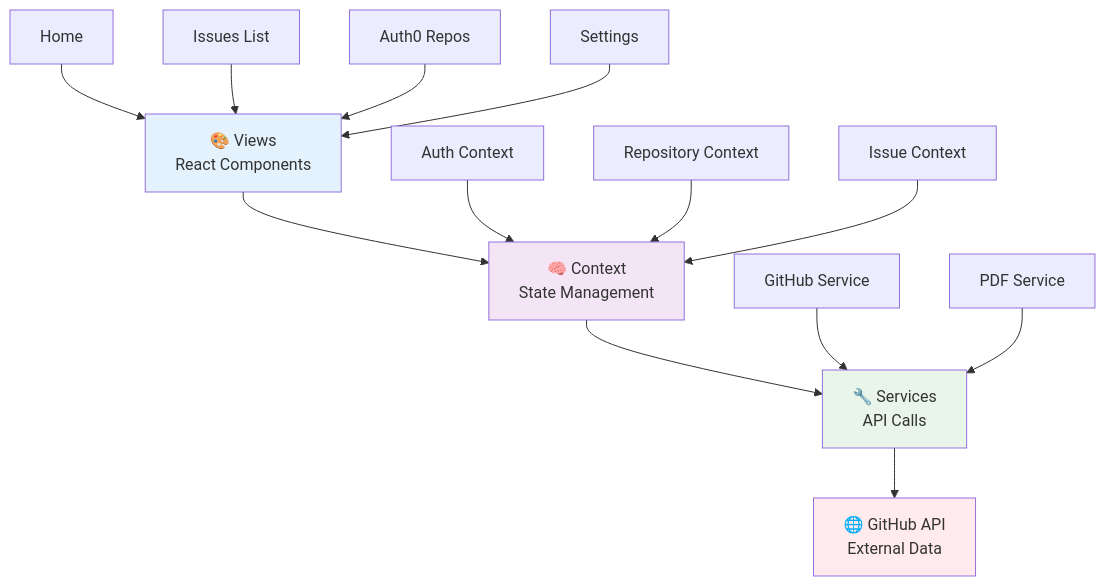
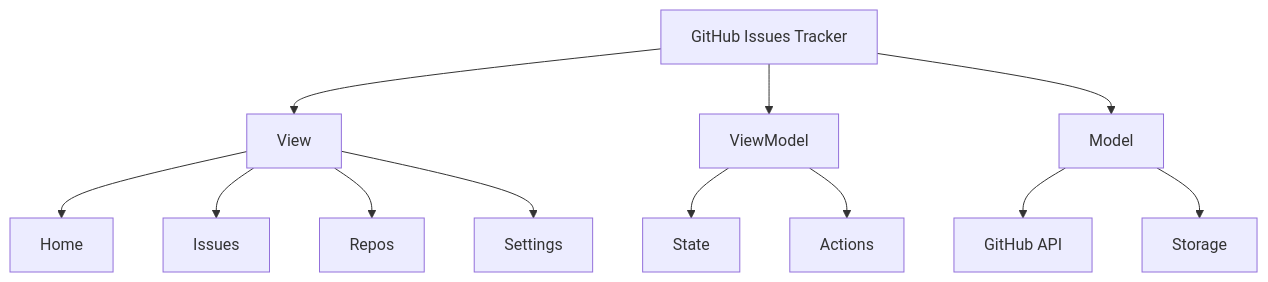
The diagram in README.md (gyaneshgouraw-okta/github-issues-tracker), drawn with Mermaid before and after one commit. The commit also changed other lines of this file, not shown here.

Commit message:
docs: simplify architecture diagram with cleaner component hierarchy

````diff
--- a/README.md
+++ b/README.md
@@ -137,23 +137,19 @@
 ```mermaid
 flowchart TD
-    A[🎨 Views<br/>React Components] --> B[🧠 Context<br/>State Management]
-    B --> C[🔧 Services<br/>API Calls]
-    C --> D[🌐 GitHub API<br/>External Data]
+    A[GitHub Issues Tracker]
     
-    A1[Home] --> A
-    A2[Issues List] --> A
-    A3[Auth0 Repos] --> A
-    A4[Settings] --> A
+    A --> V[View]
+    A --> VM[ViewModel]
+    A --> M[Model]
     
-    B1[Auth Context] --> B
-    B2[Repository Context] --> B
-    B3[Issue Context] --> B
+    V --> V1[Home]
+    V --> V2[Issues]
+    V --> V3[Repos]
+    V --> V4[Settings]
     
-    C1[GitHub Service] --> C
-    C2[PDF Service] --> C
+    VM --> VM1[State]
+    VM --> VM2[Actions]
     
-    style A fill:#e3f2fd
-    style B fill:#f3e5f5
-    style C fill:#e8f5e8
-    style D fill:#ffebee
+    M --> M1[GitHub API]
+    M --> M2[Storage]
 ```
````
